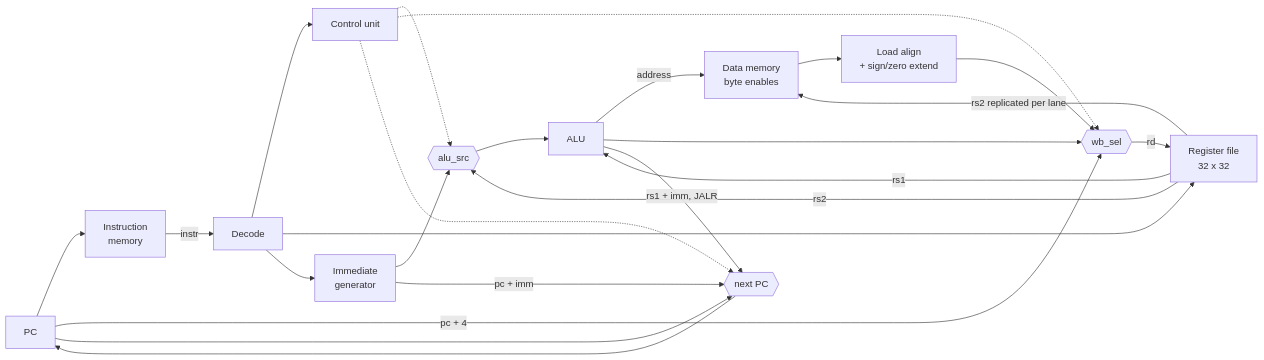
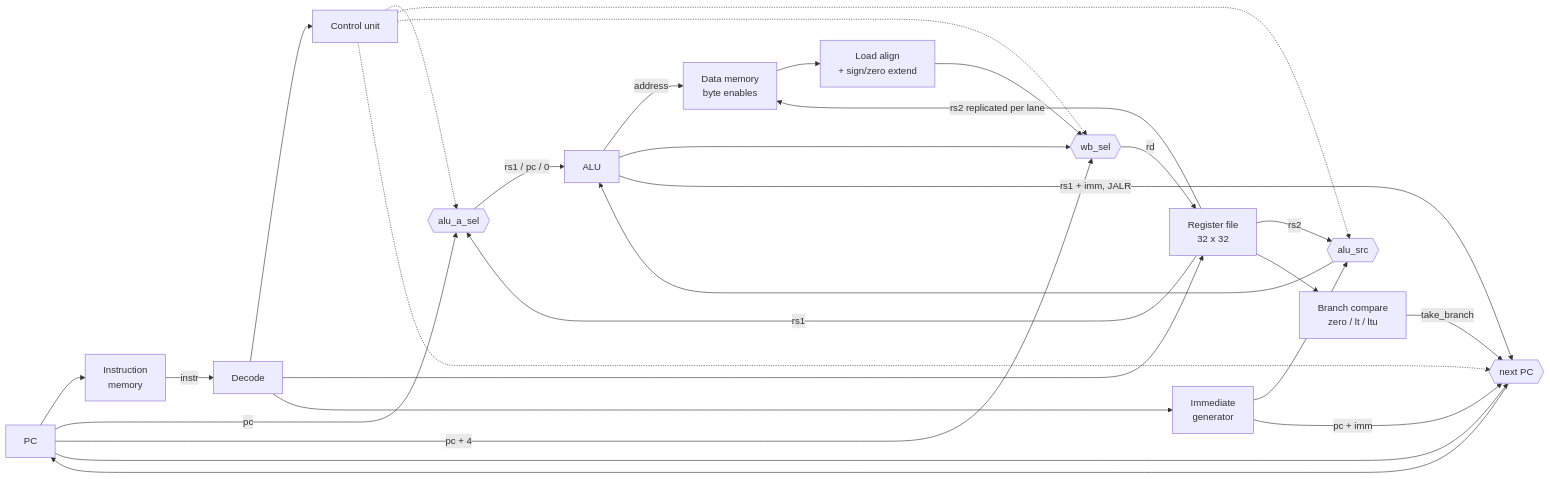
The diagram in README.md (arielhuna/riscv-cpu), drawn with Mermaid before and after one commit. The commit also changed other lines of this file, not shown here.

````diff
--- a/README.md
+++ b/README.md
@@ -9,26 +9,31 @@
 ```mermaid
 flowchart LR
     PC[PC] --> IMEM[Instruction<br/>memory]
     IMEM -->|instr| DEC[Decode]
     DEC --> CTRL[Control unit]
     DEC --> RF[Register file<br/>32 x 32]
     DEC --> IMM[Immediate<br/>generator]
-    RF -->|rs1| ALU[ALU]
+    RF -->|rs1| MUXA{{alu_a_sel}}
+    PC -->|pc| MUXA
+    MUXA -->|rs1 / pc / 0| ALU[ALU]
     RF -->|rs2| MUXB{{alu_src}}
     IMM --> MUXB
     MUXB --> ALU
     ALU -->|address| DMEM[Data memory<br/>byte enables]
     RF -->|rs2 replicated per lane| DMEM
     DMEM --> LDX[Load align<br/>+ sign/zero extend]
     ALU --> WB{{wb_sel}}
     LDX --> WB
     PC -->|pc + 4| WB
     WB -->|rd| RF
     PC --> NPC{{next PC}}
     IMM -->|pc + imm| NPC
     ALU -->|rs1 + imm, JALR| NPC
+    RF --> CMP[Branch compare<br/>zero / lt / ltu]
+    CMP -->|take_branch| NPC
     NPC --> PC
+    CTRL -.-> MUXA
     CTRL -.-> MUXB
     CTRL -.-> WB
     CTRL -.-> NPC
 ```
````
